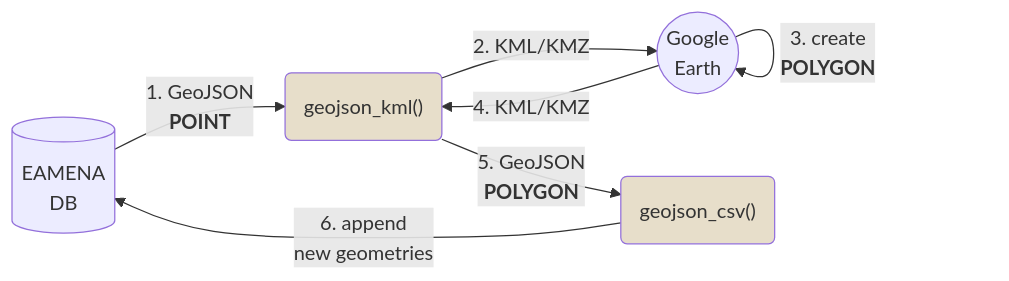
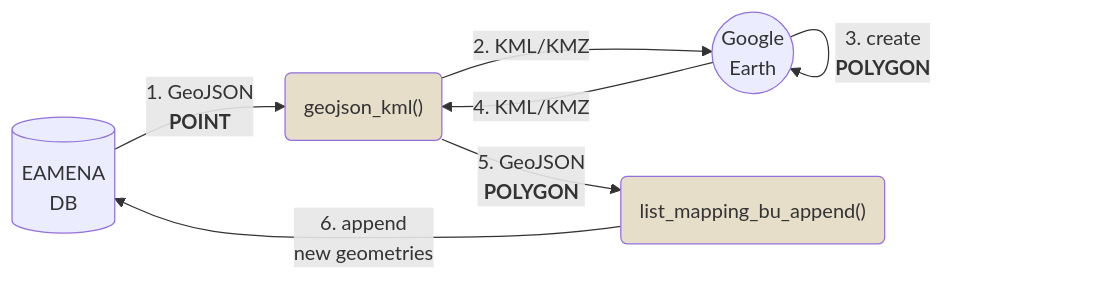
Before and after one commit to eamena-project/eamenaR: the fourth of 5 diagrams in README.md, drawn with Mermaid. The commit also changed other lines of this file, not shown here.

````diff
--- a/README.md
+++ b/README.md
@@ -973,10 +991,10 @@
 ```mermaid
 flowchart LR
     A[(EAMENA<br>DB)] --1. GeoJSON<br><b>POINT</b>--> C("geojson_kml()"):::eamenaRfunction;
     C --2. KML/KMZ--> B((Google<br>Earth));
     B --3. create<br><b>POLYGON</b>--> B;
     B --4. KML/KMZ--> C;
-    C --5. GeoJSON<br><b>POLYGON</b>--> D("geojson_csv()"):::eamenaRfunction;
+    C --5. GeoJSON<br><b>POLYGON</b>--> D("list_mapping_bu_append()"):::eamenaRfunction;
     D --6. append<br>new geometries--> A;
     classDef eamenaRfunction fill:#e7deca;
 ```
````
